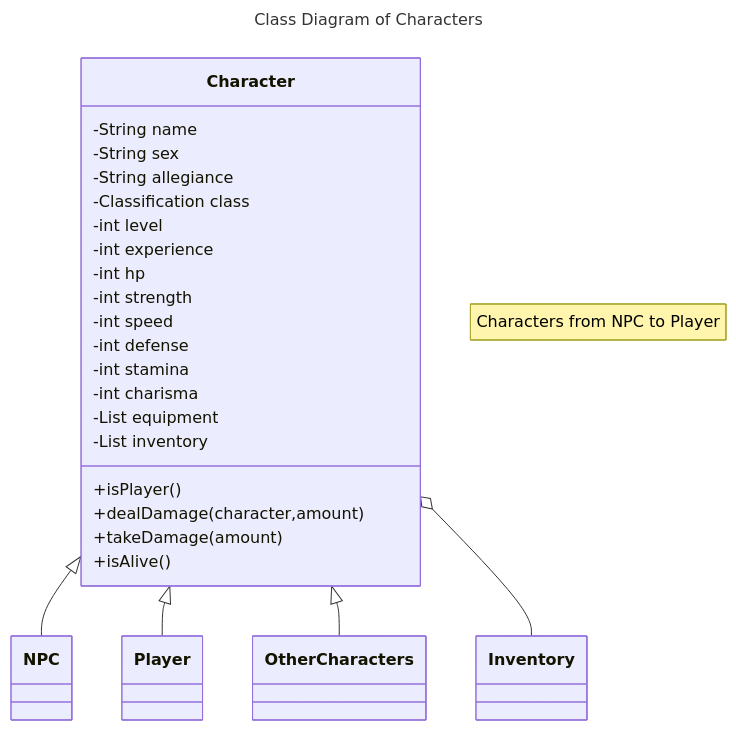
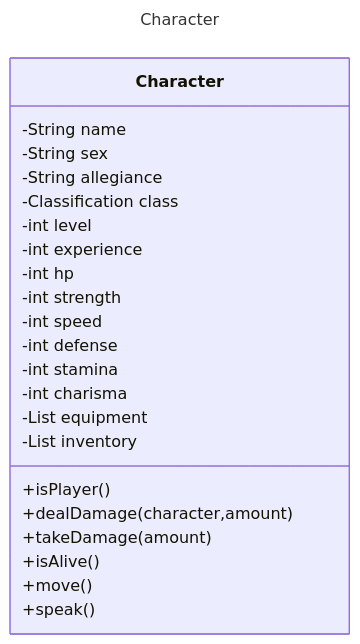
One commit to pacalso-jjc/2425-2nd-cc3-1e-rpg changed the diagram in wiki/Class-Diagram-‐-Character.md. Above: the diagram before and after it, drawn with Mermaid.

Commit message:
This is a Class Diagram for Character

````diff
--- a/wiki/Class-Diagram-‐-Character.md
+++ b/wiki/Class-Diagram-‐-Character.md
@@ -1,31 +1,28 @@
 ```mermaid
 ---
-title: Class Diagram of Characters
+title: Character
 ---
 classDiagram
-    note "Characters from NPC to Player"
-    Character <|-- NPC
-    Character <|-- Player
-    Character <|-- Other Characters
-    Character o-- Inventory
     Character : -String name
     Character : -String sex
     Character : -String allegiance
     Character : -Classification class
     Character : -int level
     Character : -int experience
     Character : -int hp
     Character : -int strength
     Character : -int speed
     Character : -int defense
     Character : -int stamina
     Character : -int charisma
     Character : -List equipment
     Character : -List inventory<list>
     Character : +isPlayer()
     Character : +dealDamage(character,amount)
     Character : +takeDamage(amount)
     Character : +isAlive()
+    Character : +move()
+    Character : +speak()
 
     
 ```
````
